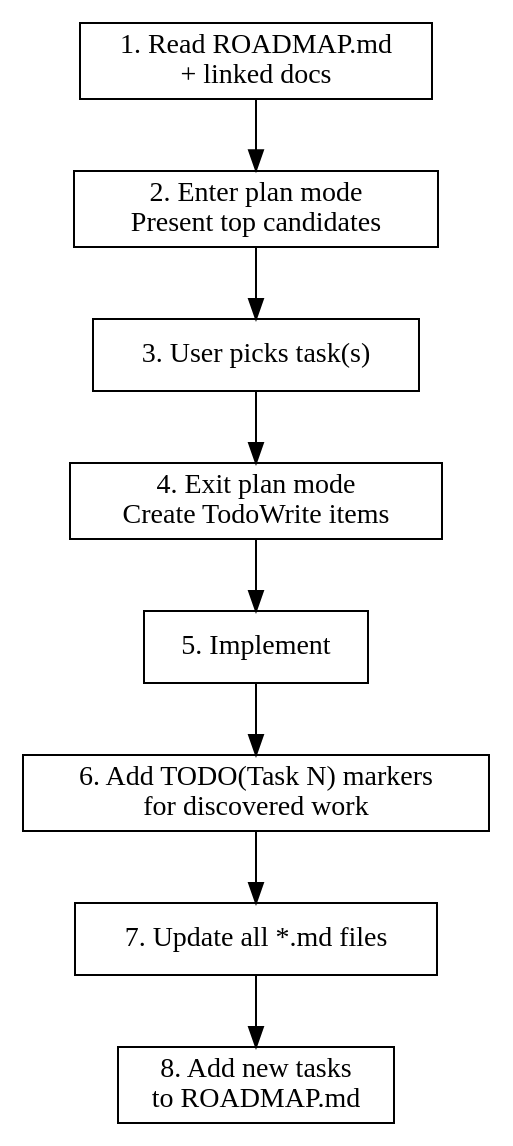
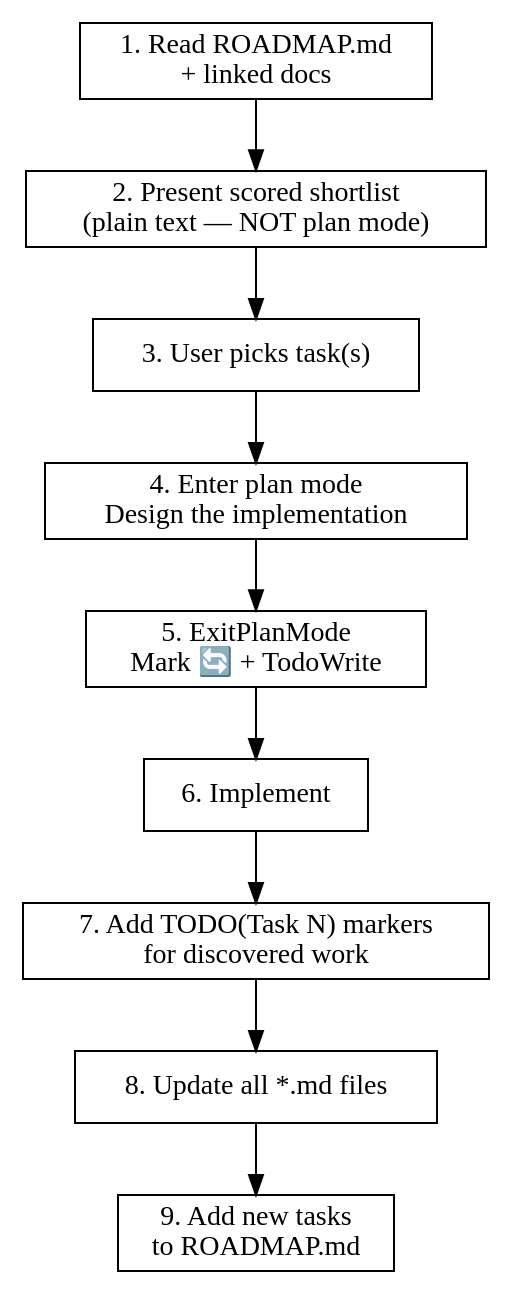
The diagram in plugins/task-driver/skills/task-driver/SKILL.md (ZenHive/claude-marketplace-elixir), drawn with Graphviz before and after one commit. The commit also changed other lines of this file and 11 other files, not shown here.

````diff
--- a/plugins/task-driver/skills/task-driver/SKILL.md
+++ b/plugins/task-driver/skills/task-driver/SKILL.md
@@ -28,17 +28,18 @@
 ```dot
 digraph task_driver {
   rankdir=TB;
   node [shape=box];
 
-  read [label="1. Read ROADMAP.md\n+ linked docs"];
-  plan [label="2. Enter plan mode\nPresent top candidates"];
-  select [label="3. User picks task(s)"];
-  exit [label="4. Exit plan mode\nCreate TodoWrite items"];
-  implement [label="5. Implement"];
-  todos [label="6. Add TODO(Task N) markers\nfor discovered work"];
-  docs [label="7. Update all *.md files"];
-  discover [label="8. Add new tasks\nto ROADMAP.md"];
+  read     [label="1. Read ROADMAP.md\n+ linked docs"];
+  shortlist[label="2. Present scored shortlist\n(plain text — NOT plan mode)"];
+  select   [label="3. User picks task(s)"];
+  plan     [label="4. Enter plan mode\nDesign the implementation"];
+  exit     [label="5. ExitPlanMode\nMark 🔄 + TodoWrite"];
+  implement[label="6. Implement"];
+  todos    [label="7. Add TODO(Task N) markers\nfor discovered work"];
+  docs     [label="8. Update all *.md files"];
+  discover [label="9. Add new tasks\nto ROADMAP.md"];
 
-  read -> plan -> select -> exit -> implement -> todos -> docs -> discover;
+  read -> shortlist -> select -> plan -> exit -> implement -> todos -> docs -> discover;
 }
 ```
````
